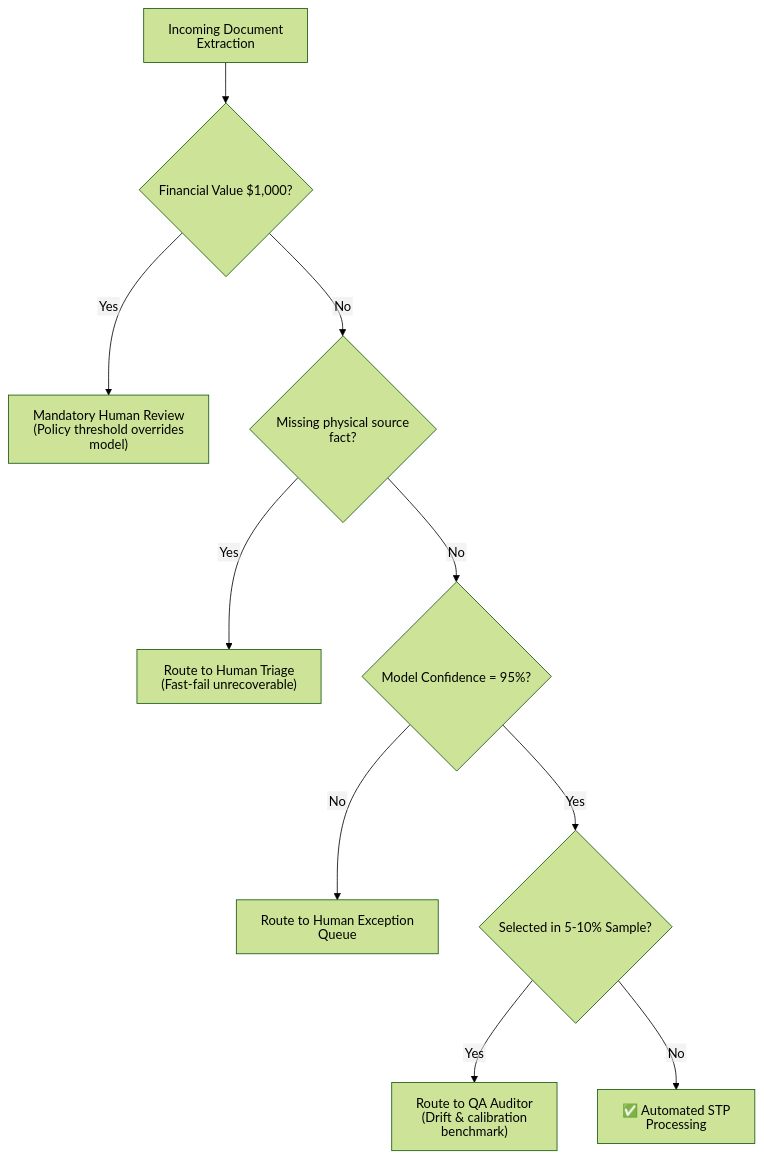
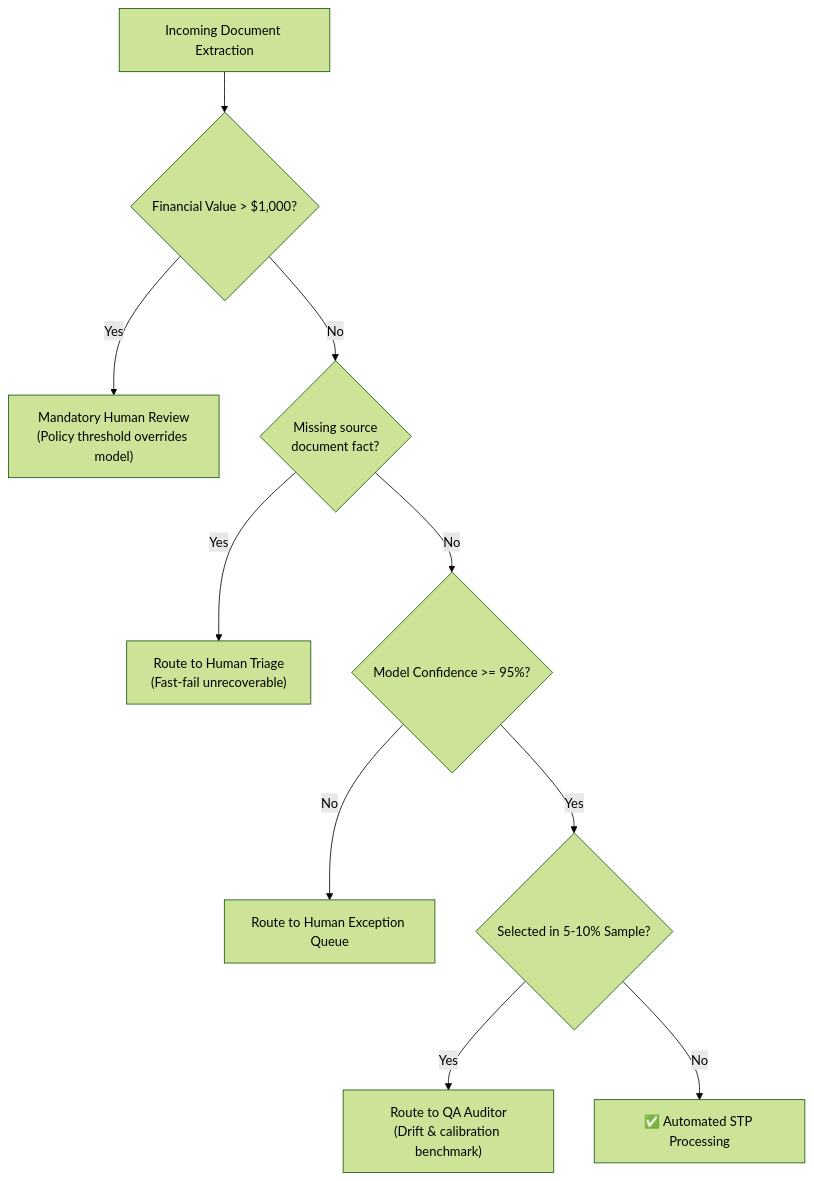
Before and after one commit to dip4k/claude_cert_architect_foundation_prep: the fifth of 6 diagrams in domain5/KEY_CONCEPTS.md, drawn with Mermaid (forest theme). The commit also changed other lines of this file and 99 other files, not shown here.

````diff
--- a/domain5/KEY_CONCEPTS.md
+++ b/domain5/KEY_CONCEPTS.md
@@ -318,16 +306,12 @@
 ```mermaid
----
-config:
-  htmlLabels: false
----
 flowchart TD
     Doc["Incoming Document Extraction"] --> ValueCheck{"Financial Value > $1,000?"}
     ValueCheck -- "Yes" --> HighValReview["Mandatory Human Review<br>(Policy threshold overrides model)"]
-    ValueCheck -- "No" --> UnrecCheck{"Missing physical source fact?"}
+    ValueCheck -- "No" --> UnrecCheck{"Missing source<br>document fact?"}
     UnrecCheck -- "Yes" --> HumanTriage["Route to Human Triage<br>(Fast-fail unrecoverable)"]
     UnrecCheck -- "No" --> ConfCheck{"Model Confidence >= 95%?"}
     ConfCheck -- "No" --> HumanQueue["Route to Human Exception Queue"]
     ConfCheck -- "Yes" --> StratCheck{"Selected in 5-10% Sample?"}
     StratCheck -- "Yes" --> Auditor["Route to QA Auditor<br>(Drift & calibration benchmark)"]
     StratCheck -- "No" --> STP["✅ Automated STP Processing"]
 ```
````
